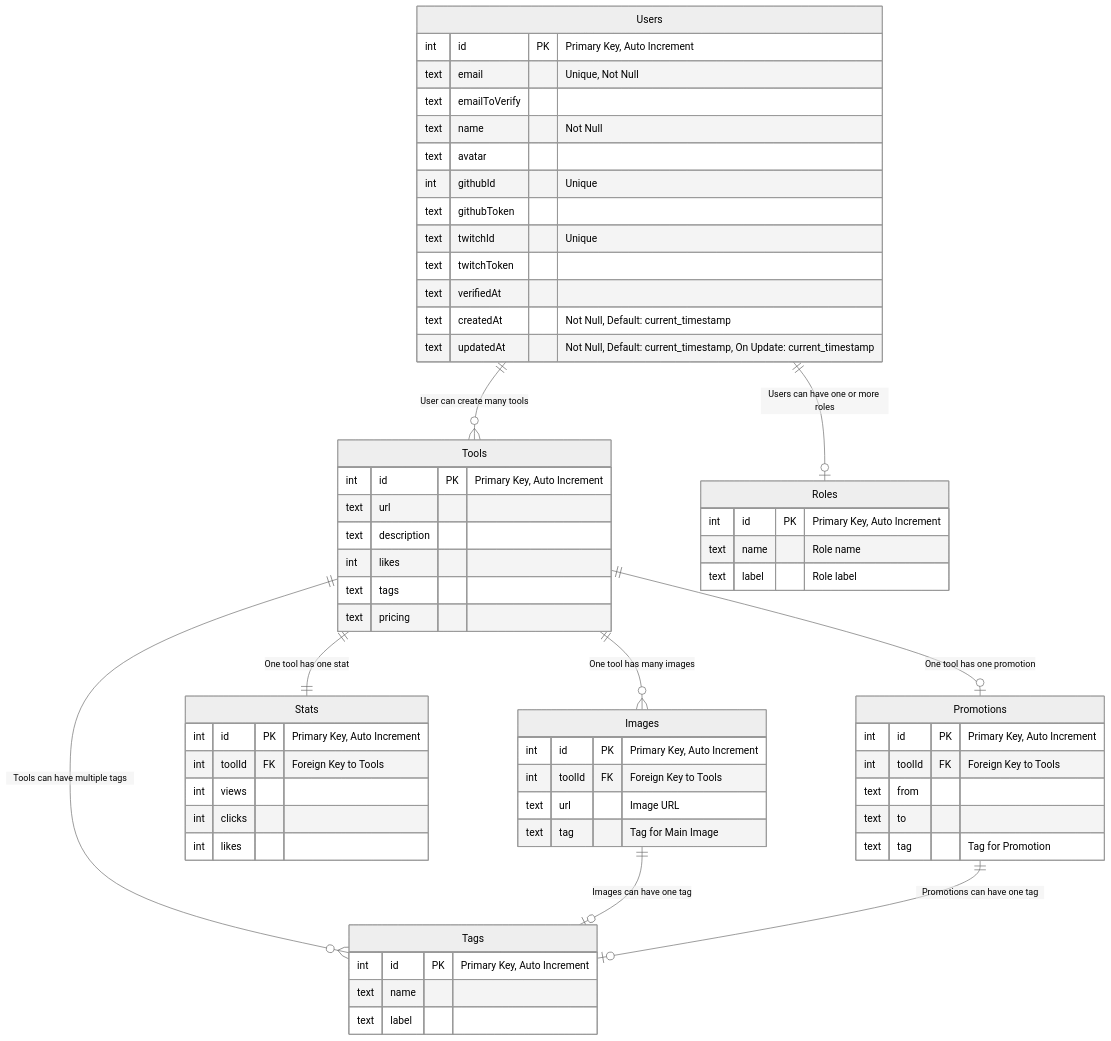
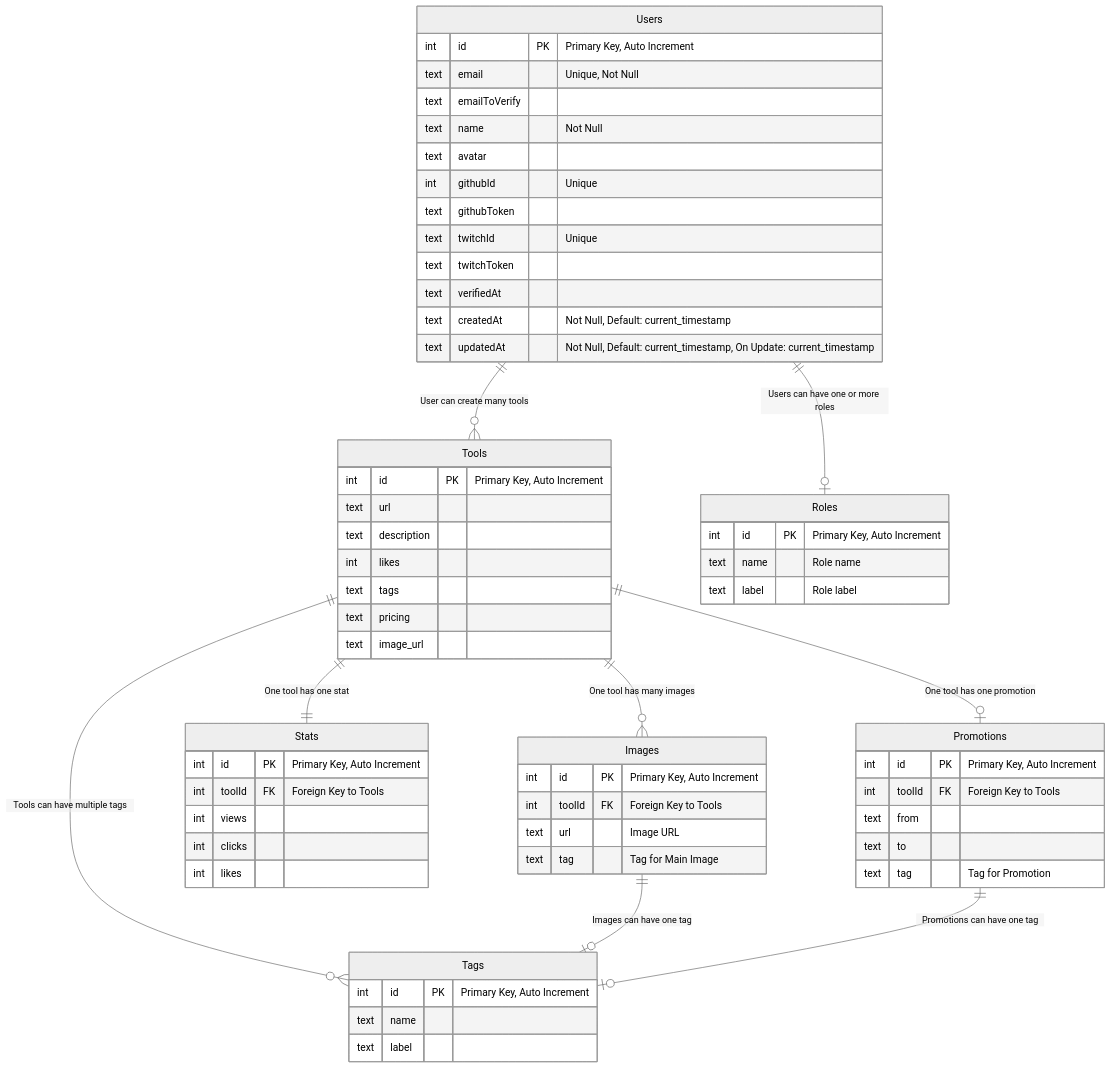
The diagram in README.md (leamsigc/hub-example), drawn with Mermaid (neutral theme) before and after one commit. The commit also changed 12 other files, not shown here.

Commit message:
Update the schema for user and relationship

````diff
--- a/README.md
+++ b/README.md
@@ -60,71 +60,72 @@
 ```mermaid
 erDiagram
     Users {
       int id PK "Primary Key, Auto Increment"
       text email "Unique, Not Null"
       text emailToVerify
       text name "Not Null"
       text avatar
       int githubId "Unique"
       text githubToken
       text twitchId "Unique"
       text twitchToken
       text verifiedAt
       text createdAt "Not Null, Default: current_timestamp"
       text updatedAt "Not Null, Default: current_timestamp, On Update: current_timestamp"
     }
 
     Tools {
       int id PK "Primary Key, Auto Increment"
       text url
       text description
       int likes
       text tags
       text pricing
+      text image_url
     }
 
     Promotions {
       int id PK "Primary Key, Auto Increment"
       int toolId FK "Foreign Key to Tools"
       text from
       text to
       text tag "Tag for Promotion"
     }
 
     Tags {
       int id PK "Primary Key, Auto Increment"
       text name
       text label
     }
 
     Stats {
       int id PK "Primary Key, Auto Increment"
       int toolId FK "Foreign Key to Tools"
       int views
       int clicks
       int likes
     }
 
     Images {
       int id PK "Primary Key, Auto Increment"
       int toolId FK "Foreign Key to Tools"
       text url "Image URL"
       text tag "Tag for Main Image"
     }
 
   Roles {
       int id PK "Primary Key, Auto Increment"
       text name "Role name"
       text label "Role label"
     }
     %% Relationships
     Users ||--o{ Tools : "User can create many tools"
     Tools ||--o{ Images : "One tool has many images"
     Tools ||--o| Promotions : "One tool has one promotion"
     Tools ||--|| Stats : "One tool has one stat"
     Tools ||--o{ Tags : "Tools can have multiple tags"
     Images ||--o| Tags : "Images can have one tag"
     Promotions ||--o| Tags : "Promotions can have one tag"
     Users ||--o| Roles : "Users can have one or more roles"
 
 ```
````
